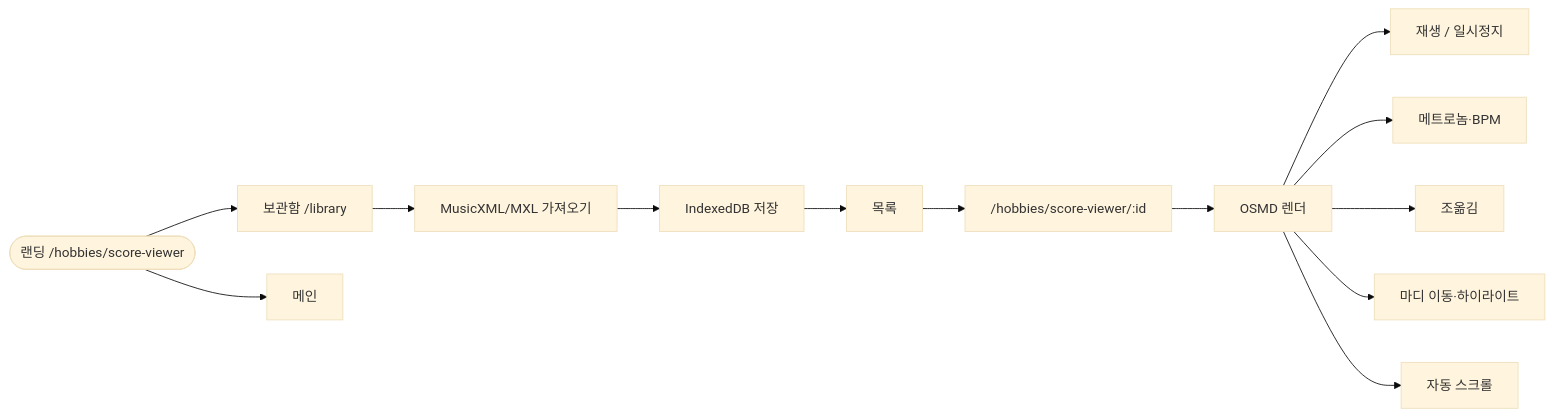
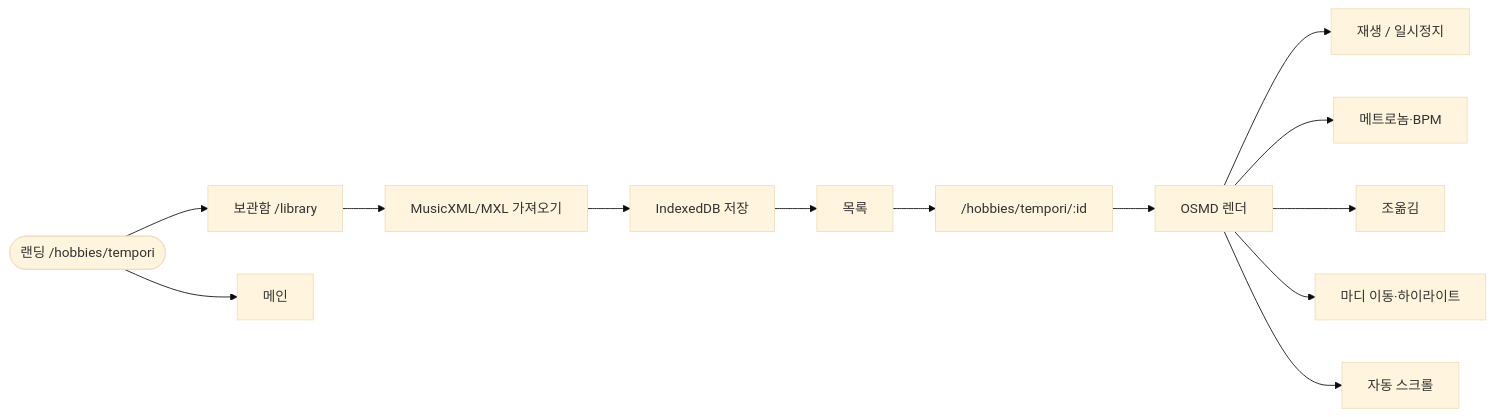
One commit to ohdeg/PBB changed diagram 17 of 28 in docs/PBB-유저-흐름도.md. Above: the diagram before and after it, drawn with Mermaid (base theme). The commit also changed other lines of this file and 151 other files, not shown here.

````diff
--- a/docs/PBB-유저-흐름도.md
+++ b/docs/PBB-유저-흐름도.md
@@ -487,15 +487,15 @@
 ```mermaid
 flowchart LR
-    landing([랜딩 /hobbies/score-viewer]) --> library[보관함 /library]
+    landing([랜딩 /hobbies/tempori]) --> library[보관함 /library]
     library --> import[MusicXML/MXL 가져오기]
     import --> save[IndexedDB 저장]
     save --> list[목록]
-    list --> open["/hobbies/score-viewer/:id"]
+    list --> open["/hobbies/tempori/:id"]
     open --> render[OSMD 렌더]
     render --> play[재생 / 일시정지]
     render --> metronome[메트로놈·BPM]
     render --> transpose[조옮김]
     render --> measure[마디 이동·하이라이트]
     render --> scroll[자동 스크롤]
     landing --> back[메인]
 ```
````
